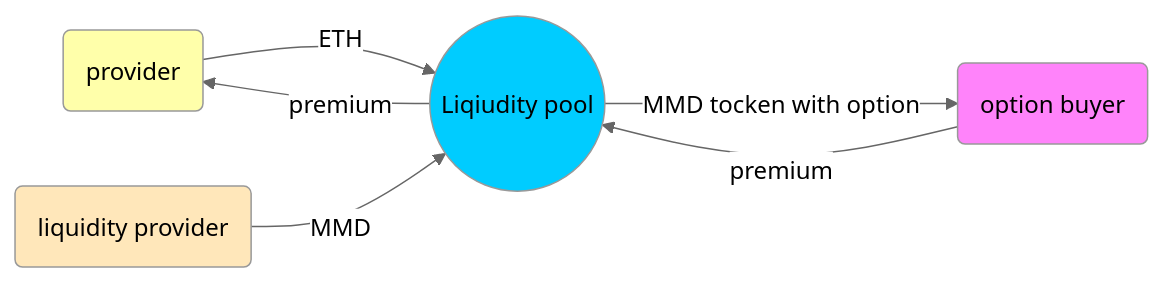
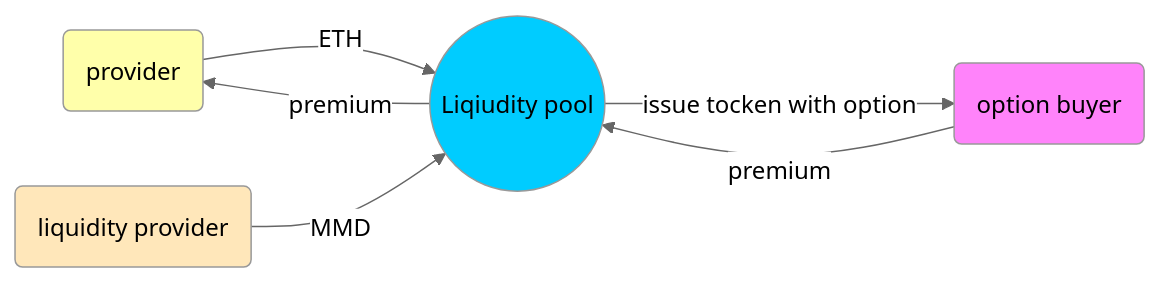
The fifth of 6 diagrams in README.md (Joe-Bradley/S_K), drawn with Mermaid (neutral theme) before and after one commit. The commit also changed other lines of this file and 33 other files, not shown here.

````diff
--- a/README.md
+++ b/README.md
@@ -102,12 +87,12 @@
 ```mermaid
 graph LR
 a(provider):::class1 --> |ETH| b((Liqiudity pool)):::class2
 d(liquidity provider):::class3 --> |MMD|b
 b --> |premium| a
-b --> |MMD tocken with option|c(option buyer):::class4
+b --> |issue tocken with option|c(option buyer):::class4
 c --> |premium|b
 classDef class1 fill:#ffaf;
 classDef class2 fill:#00ccff;
 classDef class3 fill:#ffe7ba;
 classDef class4 fill:#ff83fa;
 ```
````
